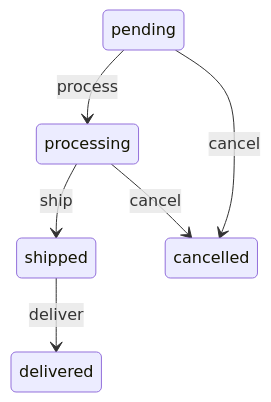
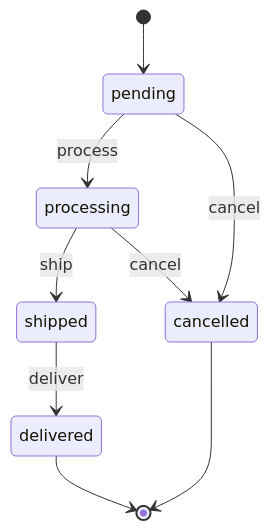
The first of 2 diagrams in README.md (state-machines/state_machines-mermaid), drawn with Mermaid before and after one commit. The commit also changed other lines of this file and 5 other files, not shown here.

First line of the commit message:
fix: render states for diagram 0.4 and mermaid 0.1

````diff
--- a/README.md
+++ b/README.md
@@ -64,13 +58,16 @@
 ```mermaid
 stateDiagram-v2
   pending : pending
+  [*] --> pending
   processing : processing
   shipped : shipped
   delivered : delivered
+  delivered --> [*]
   cancelled : cancelled
+  cancelled --> [*]
   pending --> processing : process
   processing --> shipped : ship
   shipped --> delivered : deliver
   pending --> cancelled : cancel
   processing --> cancelled : cancel
 ```
````
